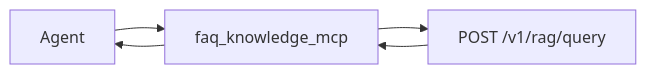
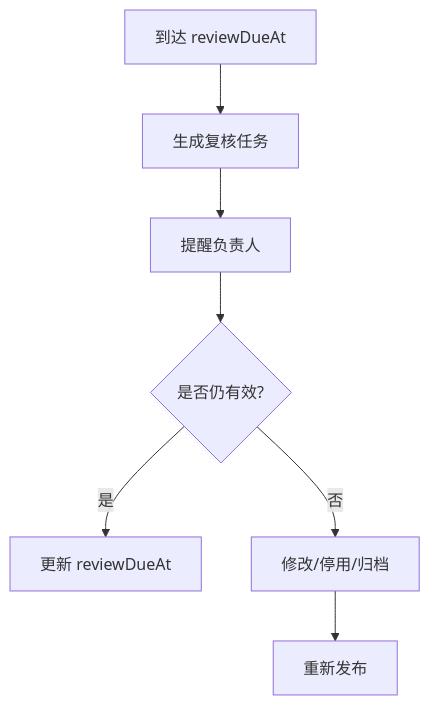
Diagram 17 of 25 in docs/rag_service_design_report_v1.0.md (YYHRICH/dalizai-knowledge-rag-service), drawn with Mermaid before and after one commit. The commit also changed other lines of this file, not shown here.

Commit message:
Refocus RAG design on knowledge governance

````diff
--- a/docs/rag_service_design_report_v1.0.md
+++ b/docs/rag_service_design_report_v1.0.md
@@ -487,7 +579,9 @@
 ```mermaid
-flowchart LR
-    Agent[Agent] --> MCP[faq_knowledge_mcp]
-    MCP --> RAG[POST /v1/rag/query]
-    RAG --> MCP
-    MCP --> Agent
+flowchart TB
+    Due[到达 reviewDueAt] --> Task[生成复核任务]
+    Task --> Owner[提醒负责人]
+    Owner --> Decision{是否仍有效?}
+    Decision -- 是 --> Extend[更新 reviewDueAt]
+    Decision -- 否 --> Edit[修改/停用/归档]
+    Edit --> Publish[重新发布]
 ```
````
